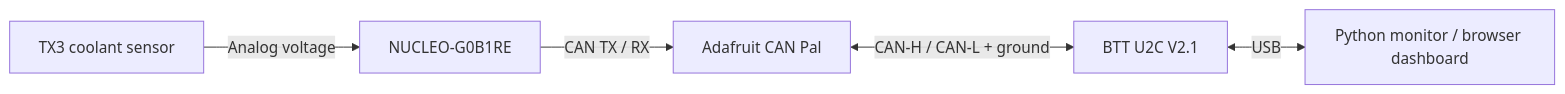
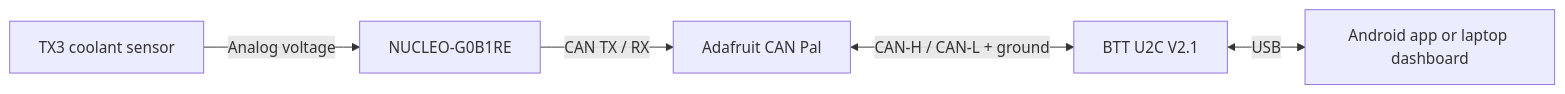
One commit to nayman898/van-canbus changed the diagram in README.md. Above: the diagram before and after it, drawn with Mermaid. The commit also changed other lines of this file and 23 other files, not shown here.

Commit message:
pushing android app up

````diff
--- a/README.md
+++ b/README.md
@@ -22,7 +27,7 @@
 ```mermaid
 flowchart LR
     TX3[TX3 coolant sensor] -->|Analog voltage| MCU[NUCLEO-G0B1RE]
     MCU -->|CAN TX / RX| PAL[Adafruit CAN Pal]
     PAL <-->|CAN-H / CAN-L + ground| U2C[BTT U2C V2.1]
-    U2C <-->|USB| PC[Python monitor / browser dashboard]
+    U2C <-->|USB| HOST[Android app or laptop dashboard]
 ```
````
